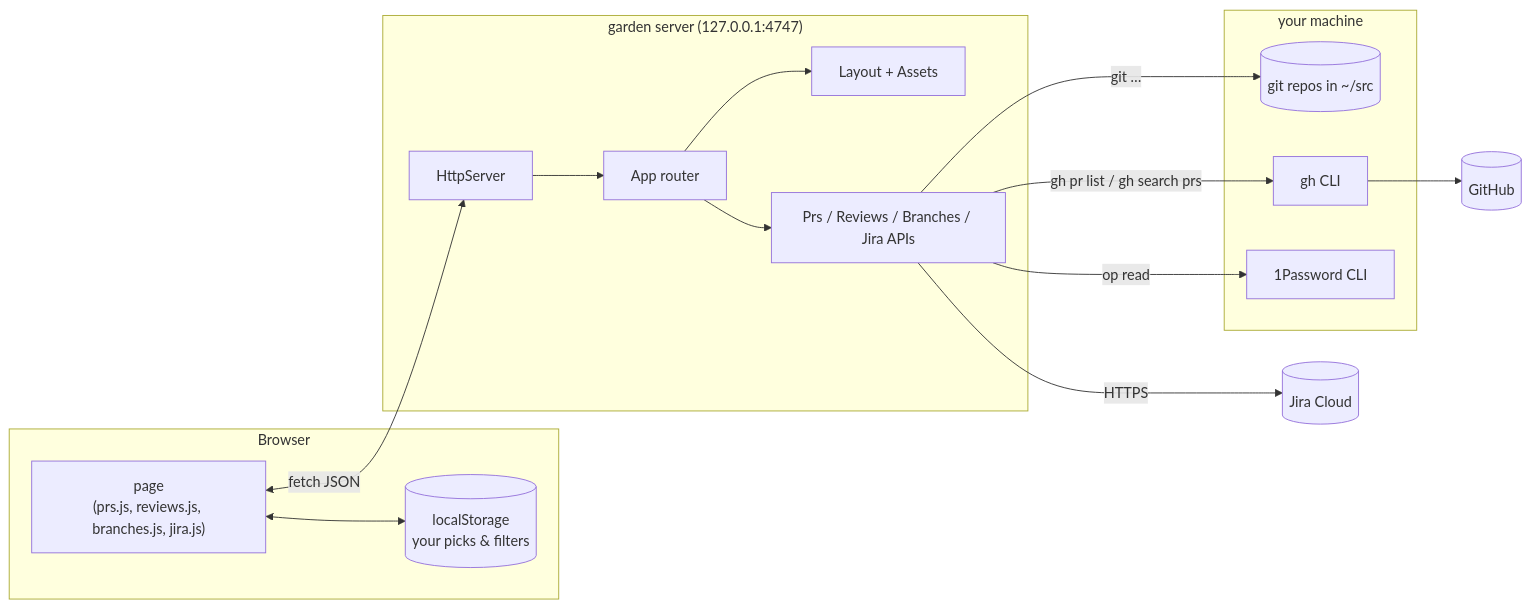
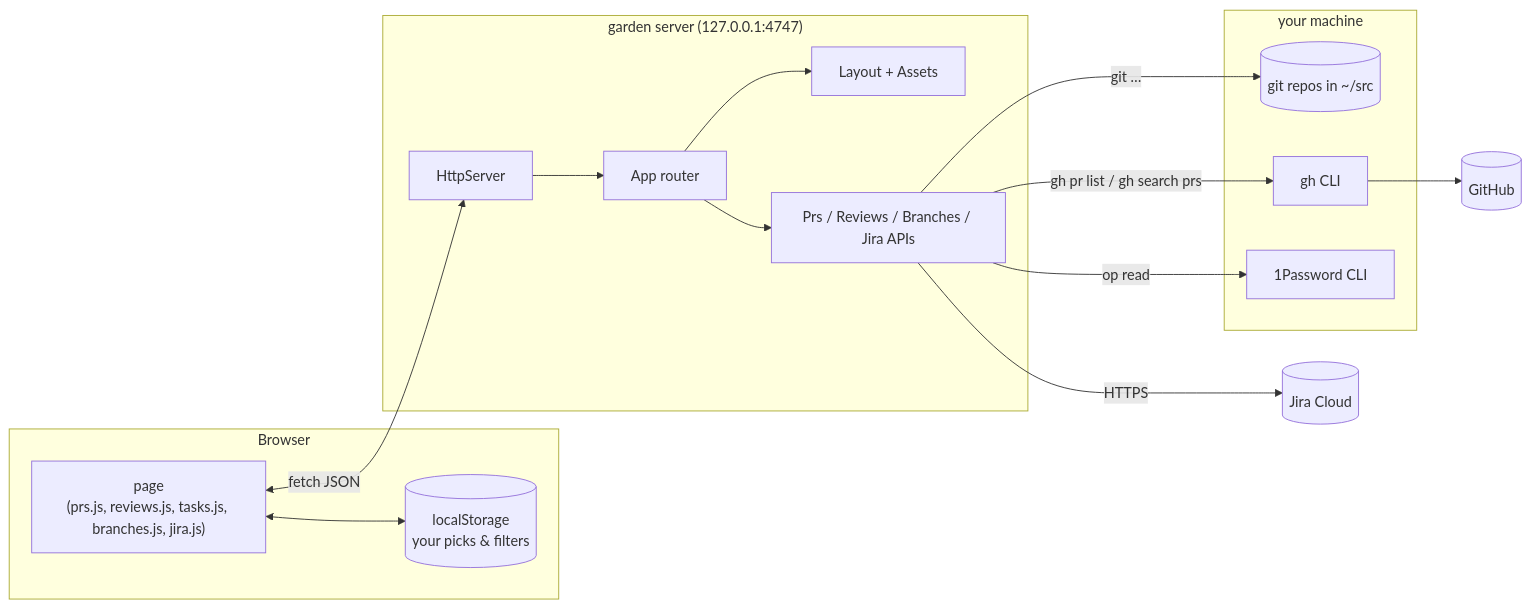
Before and after one commit to adccb/jardin: the first of 3 diagrams in docs/how-it-works.md, drawn with Mermaid. The commit also changed other lines of this file and 241 other files, not shown here.

````diff
--- a/docs/how-it-works.md
+++ b/docs/how-it-works.md
@@ -13,26 +13,26 @@
 ```mermaid
 flowchart LR
   subgraph Browser
-    page["page<br/>(prs.js, reviews.js, branches.js, jira.js)"]
+    page["page<br/>(prs.js, reviews.js, tasks.js, branches.js, jira.js)"]
     ls[("localStorage<br/>your picks & filters")]
   end
   subgraph "garden server (127.0.0.1:4747)"
     http[HttpServer] --> app[App router]
     app --> layout[Layout + Assets]
     app --> apis["Prs / Reviews / Branches / Jira APIs"]
   end
   subgraph "your machine"
     git[(git repos in ~/src)]
     gh[gh CLI]
     op[1Password CLI]
   end
   github[(GitHub)]
   jira[(Jira Cloud)]
 
   page <-->|fetch JSON| http
   page <--> ls
   apis -->|git …| git
   apis -->|gh pr list / gh search prs| gh --> github
   apis -->|op read| op
   apis -->|HTTPS| jira
 ```
````
